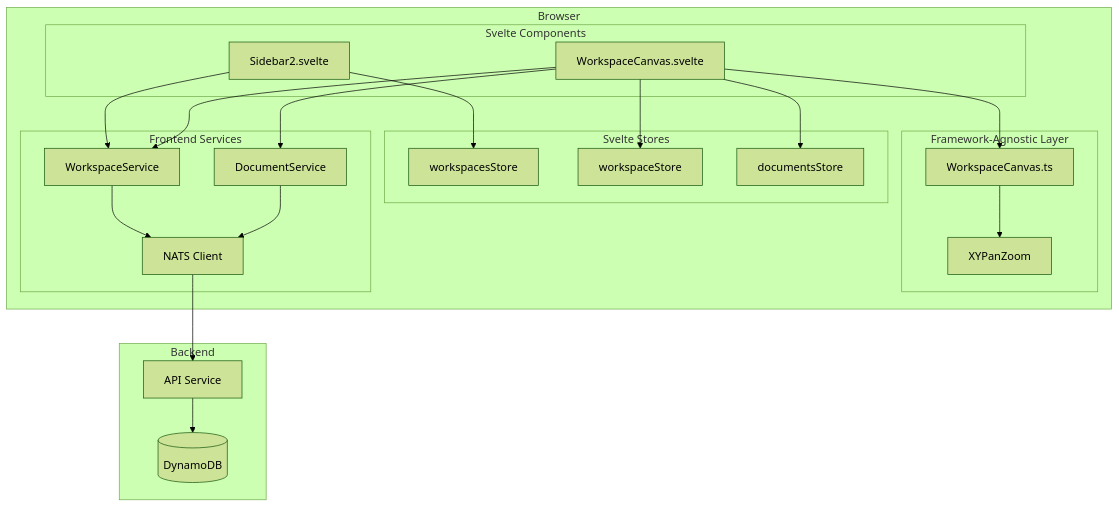
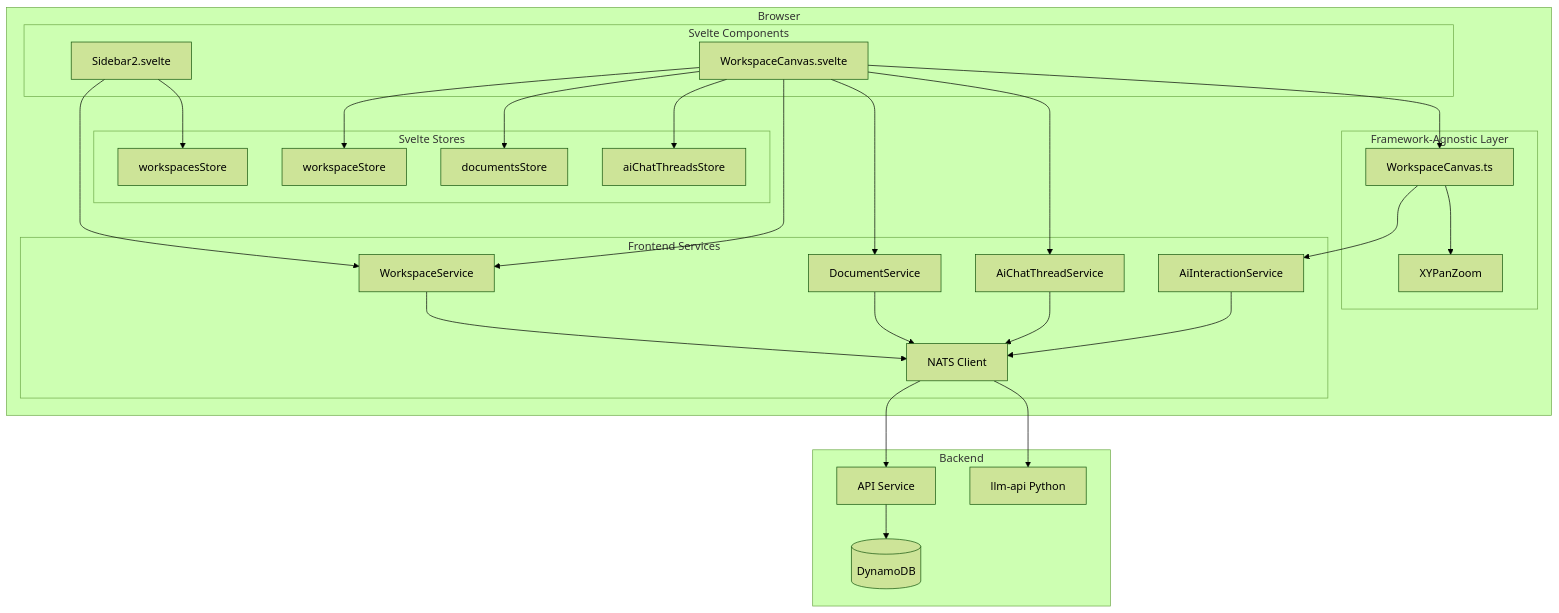
The first of 10 diagrams in documentation/features/WORKSPACE-FEATURE.md (Lixpi/lixpi), drawn with Mermaid (forest theme) before and after one commit. The commit also changed other lines of this file and 33 other files, not shown here.

Commit message:
LIX-46 # split document into separate entities - regular document and ai chat thread

````diff
--- a/documentation/features/WORKSPACE-FEATURE.md
+++ b/documentation/features/WORKSPACE-FEATURE.md
@@ -19,45 +21,55 @@
 ```mermaid
 flowchart TB
     subgraph Client["Browser"]
         subgraph Svelte["Svelte Components"]
             Sidebar[Sidebar2.svelte]
             WCS[WorkspaceCanvas.svelte]
         end
 
         subgraph Stores["Svelte Stores"]
             WSS[workspacesStore]
             WS[workspaceStore]
             DS[documentsStore]
+            TS[aiChatThreadsStore]
         end
 
         subgraph Infographics["Framework-Agnostic Layer"]
             WC[WorkspaceCanvas.ts]
             XY[XYPanZoom]
         end
 
         subgraph Services["Frontend Services"]
             WSvc[WorkspaceService]
             DSvc[DocumentService]
+            TSvc[AiChatThreadService]
+            AIS[AiInteractionService]
             NATS[NATS Client]
         end
     end
 
     subgraph Backend["Backend"]
         API[API Service]
+        LLMAPI[llm-api Python]
         DB[(DynamoDB)]
     end
 
     Sidebar --> WSS
     Sidebar --> WSvc
     WCS --> WS
     WCS --> DS
+    WCS --> TS
     WCS --> WC
     WC --> XY
 
     WCS --> WSvc
     WCS --> DSvc
+    WCS --> TSvc
+    WC --> AIS
     WSvc --> NATS
     DSvc --> NATS
+    TSvc --> NATS
+    AIS --> NATS
     NATS --> API
+    NATS --> LLMAPI
     API --> DB
 ```
````
